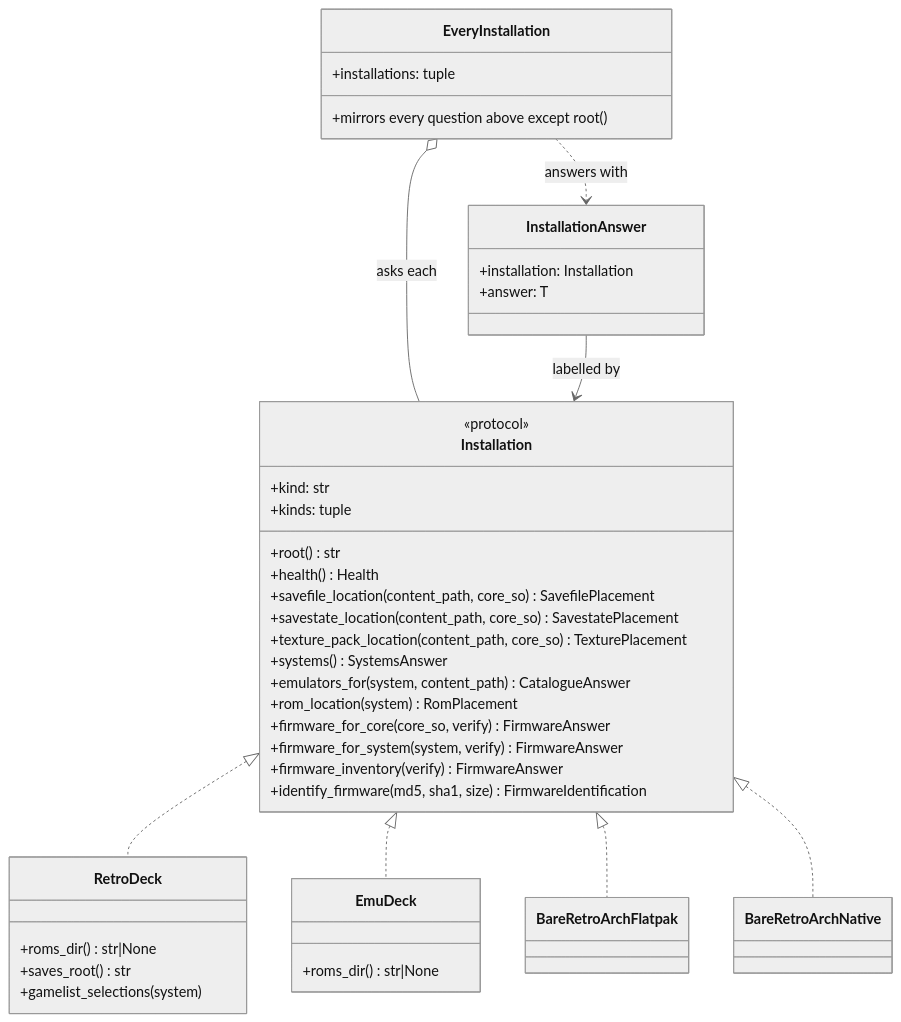
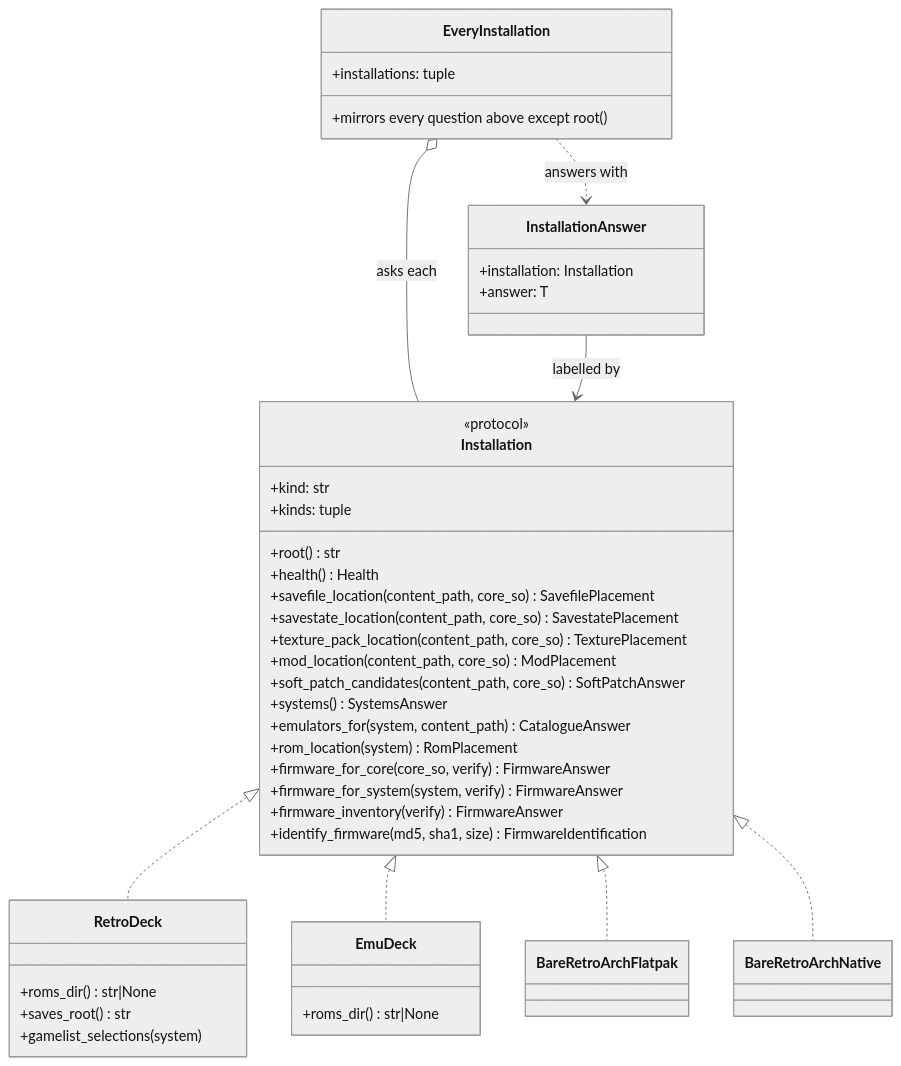
The second of 3 diagrams in docs/architecture.md (danielcopper/emu-atlas), drawn with Mermaid (neutral theme) before and after one commit. The commit also changed other lines of this file and 20 other files, not shown here.

````diff
--- a/docs/architecture.md
+++ b/docs/architecture.md
@@ -60,46 +60,48 @@
 ```mermaid
 classDiagram
     class Installation {
         <<protocol>>
         +kind: str
         +kinds: tuple
         +root() str
         +health() Health
         +savefile_location(content_path, core_so) SavefilePlacement
         +savestate_location(content_path, core_so) SavestatePlacement
         +texture_pack_location(content_path, core_so) TexturePlacement
+        +mod_location(content_path, core_so) ModPlacement
+        +soft_patch_candidates(content_path, core_so) SoftPatchAnswer
         +systems() SystemsAnswer
         +emulators_for(system, content_path) CatalogueAnswer
         +rom_location(system) RomPlacement
         +firmware_for_core(core_so, verify) FirmwareAnswer
         +firmware_for_system(system, verify) FirmwareAnswer
         +firmware_inventory(verify) FirmwareAnswer
         +identify_firmware(md5, sha1, size) FirmwareIdentification
     }
     class RetroDeck {
         +roms_dir() str|None
         +saves_root() str
         +gamelist_selections(system)
     }
     class EmuDeck {
         +roms_dir() str|None
     }
     class BareRetroArchFlatpak
     class BareRetroArchNative
     class EveryInstallation {
         +installations: tuple
         +mirrors every question above except root()
     }
     class InstallationAnswer {
         +installation: Installation
         +answer: T
     }
 
     Installation <|.. RetroDeck
     Installation <|.. EmuDeck
     Installation <|.. BareRetroArchFlatpak
     Installation <|.. BareRetroArchNative
     EveryInstallation o-- Installation : asks each
     EveryInstallation ..> InstallationAnswer : answers with
     InstallationAnswer --> Installation : labelled by
 ```
````
